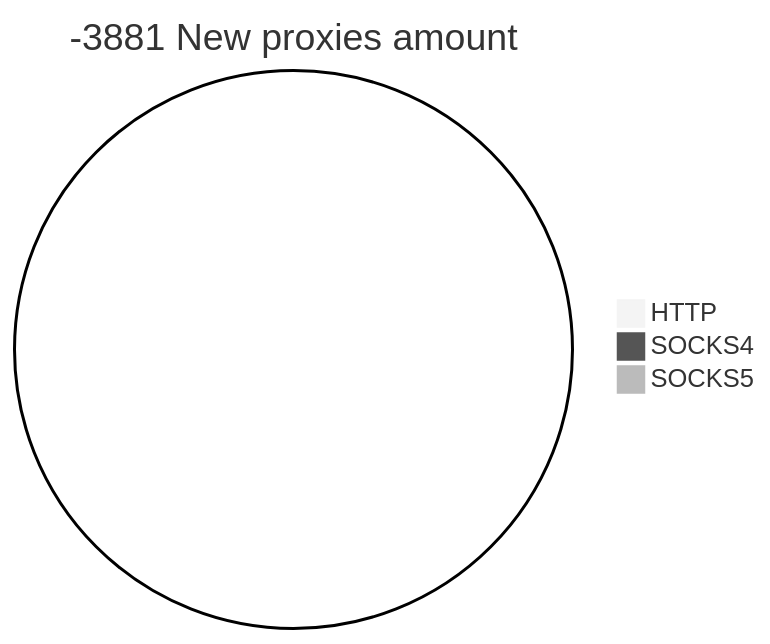
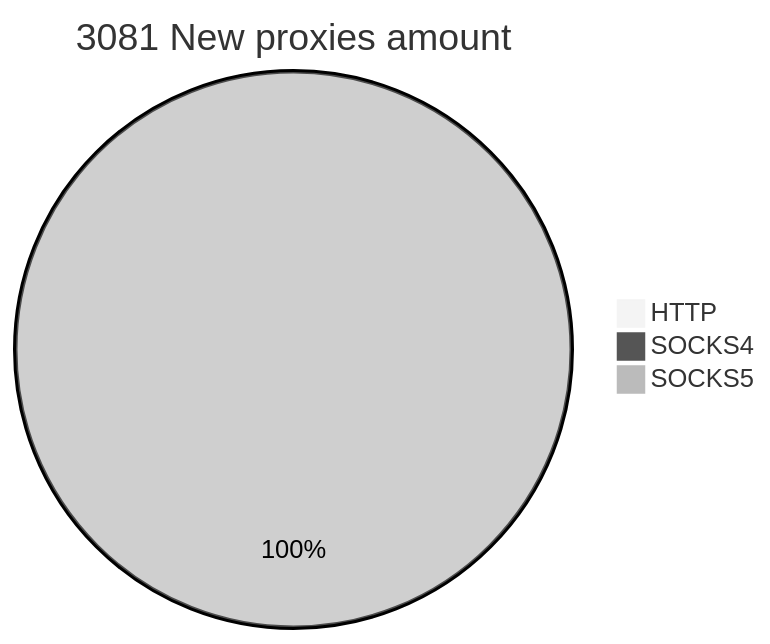
Before and after one commit to cutipu/proxylist: the second of 2 diagrams in README.md, drawn with Mermaid (neutral theme). The commit also changed other lines of this file, not shown here.

````diff
--- a/README.md
+++ b/README.md
@@ -10,6 +10,6 @@
 ```mermaid
-pie title -3881 New proxies amount
+pie title 3081 New proxies amount
     "HTTP" : 0
     "SOCKS4" : 0
-    "SOCKS5" : 0
+    "SOCKS5" : 3797
 ```
````
